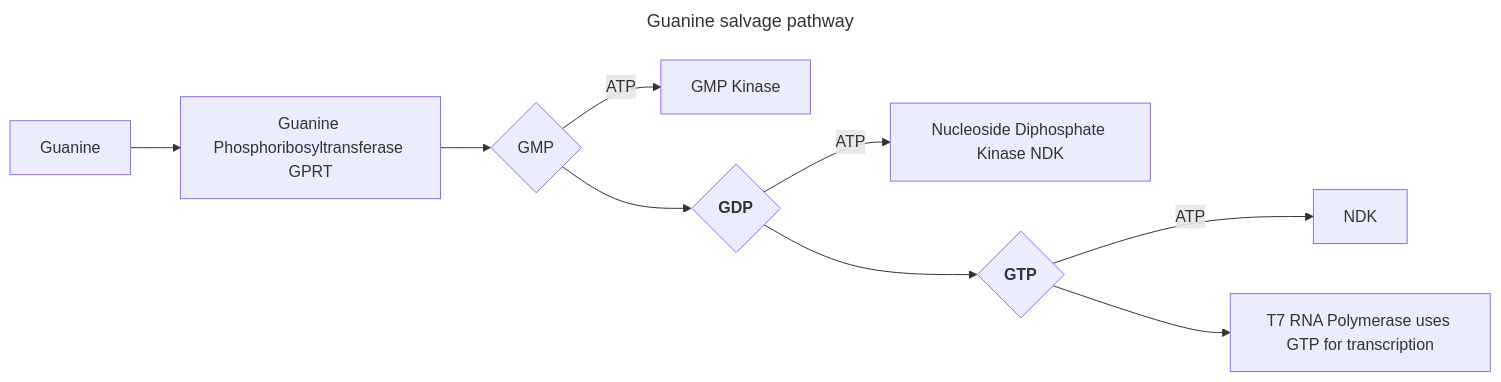
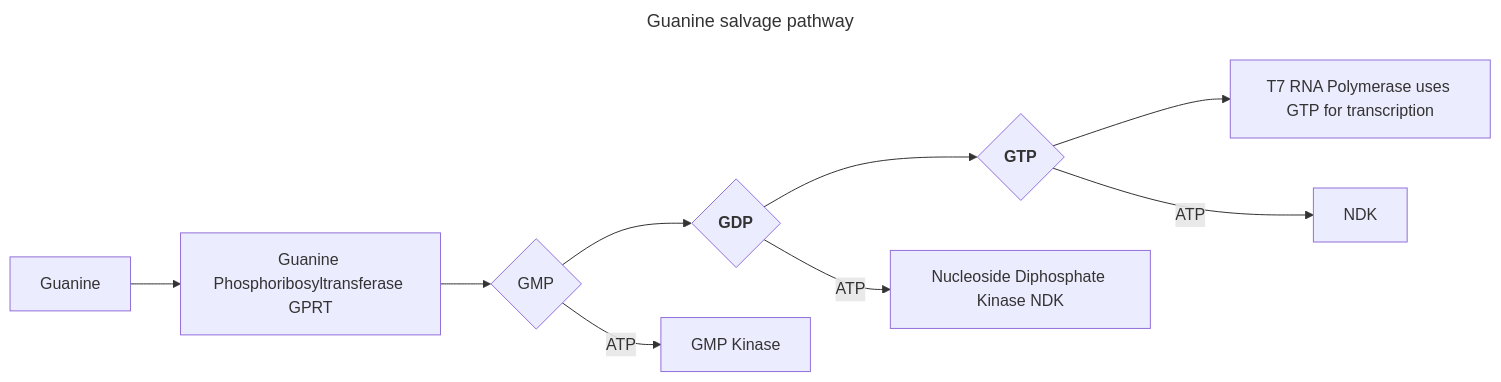
The first of 2 diagrams in content/homework/week-11-hw-building-genomes/_index.md (DigitalTypewriter/HTGAA_26Spring_DT), drawn with Mermaid before and after one commit. The commit also changed other lines of this file, not shown here.

````diff
--- a/content/homework/week-11-hw-building-genomes/_index.md
+++ b/content/homework/week-11-hw-building-genomes/_index.md
@@ -50,14 +50,14 @@
 ```mermaid
 ---
 title: Guanine salvage pathway
 ---
 graph LR;
     A[Guanine] --> B[Guanine Phosphoribosyltransferase GPRT]
     B --> C{<stron>GMP</strong>}
+    C --> E{<strong>GDP</strong>}
     C --> |ATP| D[GMP Kinase]
-    C --> E{<strong>GDP</strong>}
+    E --> G{<strong>GTP</strong>}
     E --> |ATP| F[Nucleoside Diphosphate Kinase NDK]
-    E --> G{<strong>GTP</strong>}
+    G --> I[T7 RNA Polymerase uses GTP for transcription]
     G --> |ATP| H[NDK]
-    G --> I[T7 RNA Polymerase uses GTP for transcription]
 ```
````
